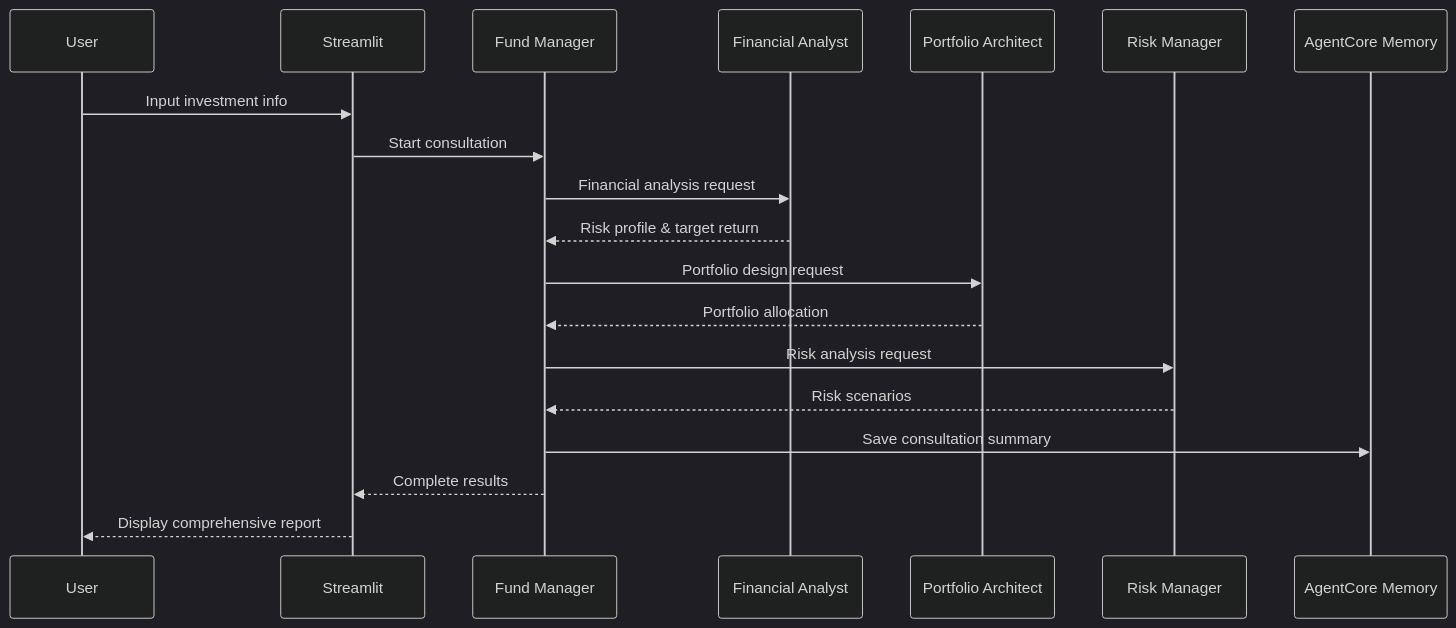
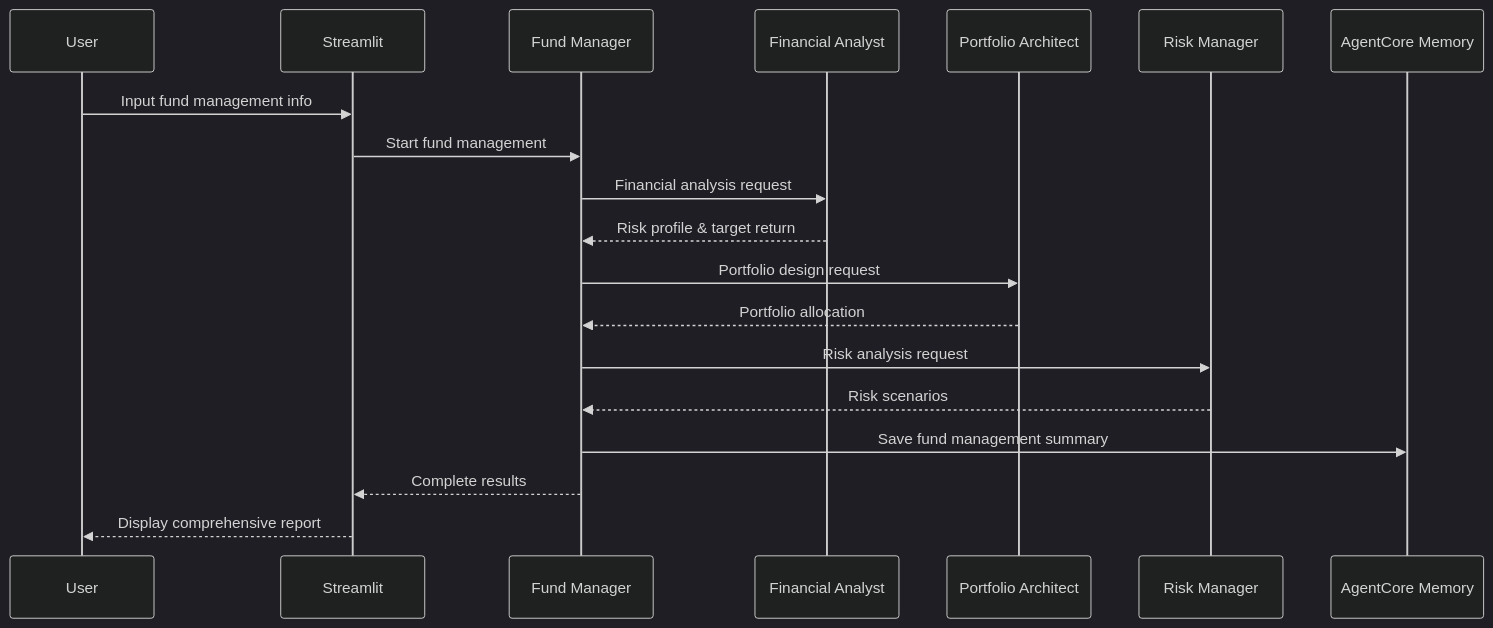
Before and after one commit to ksgsslee/agentic_ai_fund_manager: the diagram in fund_manager/README.md, drawn with Mermaid (dark theme). The commit also changed other lines of this file and 3 other files, not shown here.

````diff
--- a/fund_manager/README.md
+++ b/fund_manager/README.md
@@ -29,22 +29,22 @@
 ```mermaid
 sequenceDiagram
     participant U as User
     participant S as Streamlit
     participant I as Fund Manager
     participant F as Financial Analyst
     participant P as Portfolio Architect
     participant R as Risk Manager
     participant M as AgentCore Memory
     
-    U->>S: Input investment info
-    S->>I: Start consultation
+    U->>S: Input fund management info
+    S->>I: Start fund management
     I->>F: Financial analysis request
     F-->>I: Risk profile & target return
     I->>P: Portfolio design request
     P-->>I: Portfolio allocation
     I->>R: Risk analysis request
     R-->>I: Risk scenarios
-    I->>M: Save consultation summary
+    I->>M: Save fund management summary
     I-->>S: Complete results
     S-->>U: Display comprehensive report
 ```
````
